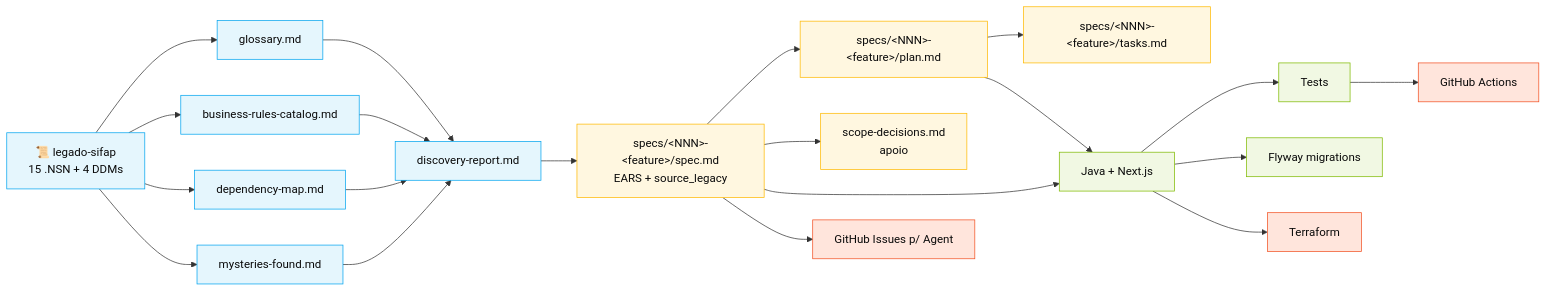
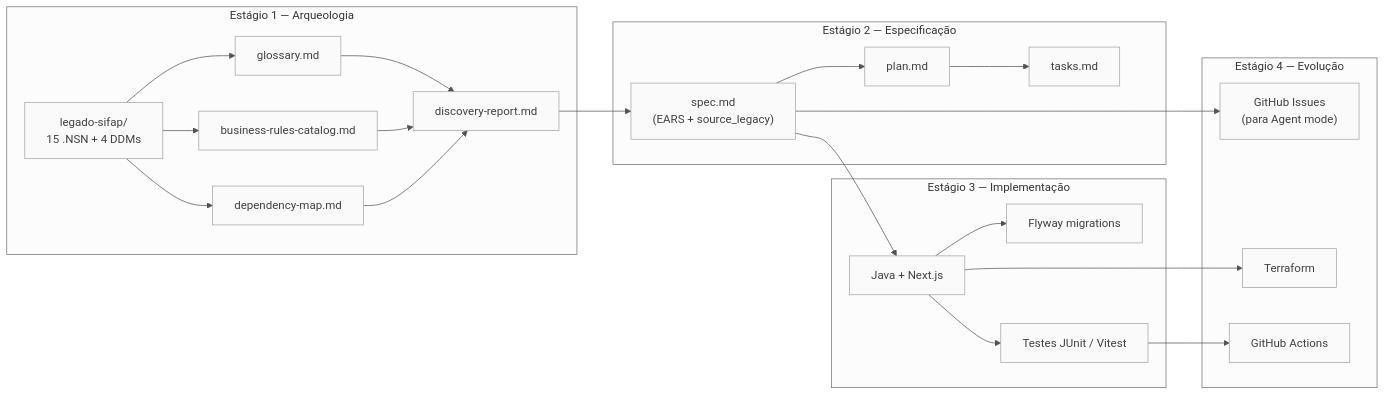
The second of 2 diagrams in 00-SITEMAP.md (paulasilvatech/datacorp-mm-team-kit), drawn with Mermaid before and after one commit. The commit also changed other lines of this file and 91 other files, not shown here.

````diff
--- a/00-SITEMAP.md
+++ b/00-SITEMAP.md
@@ -63,40 +77,43 @@
 ```mermaid
+%%{init: {'theme':'neutral','themeVariables':{'fontFamily':'ui-sans-serif, system-ui, sans-serif','primaryColor':'#F5F5F5','primaryTextColor':'#171717','primaryBorderColor':'#171717','lineColor':'#525252','secondaryColor':'#FFFFFF','tertiaryColor':'#FAFAFA','background':'#FFFFFF'}}}%%
 flowchart LR
-    classDef stage1 fill:#E5F6FD,stroke:#00A4EF,color:#0A0A0A
-    classDef stage2 fill:#FFF7E0,stroke:#FFB900,color:#0A0A0A
-    classDef stage3 fill:#F1F8E3,stroke:#7FBA00,color:#0A0A0A
-    classDef stage4 fill:#FFE5DC,stroke:#F25022,color:#0A0A0A
+    classDef step fill:#F5F5F5,stroke:#171717,color:#171717
+    classDef artifact fill:#FAFAFA,stroke:#A3A3A3,color:#404040
+    classDef result fill:#FFFFFF,stroke:#171717,color:#171717,stroke-width:2px
 
-    LEGACY[📜 legado-sifap<br/>15 .NSN + 4 DDMs]:::stage1
-    GLOSS[glossary.md]:::stage1
-    BR[business-rules-catalog.md]:::stage1
-    DEPS[dependency-map.md]:::stage1
-    MIST[mysteries-found.md]:::stage1
-    REPORT[discovery-report.md]:::stage1
+    subgraph E1["Estágio 1 — Arqueologia"]
+        LEGACY["legado-sifap/<br/>15 .NSN + 4 DDMs"]:::artifact
+        GLOSS["glossary.md"]:::artifact
+        BR["business-rules-catalog.md"]:::artifact
+        DEPS["dependency-map.md"]:::artifact
+        REPORT["discovery-report.md"]:::artifact
+    end
 
-    SPEC[specs/&lt;NNN&gt;-&lt;feature&gt;/spec.md<br/>EARS + source_legacy]:::stage2
-    PLAN[specs/&lt;NNN&gt;-&lt;feature&gt;/plan.md]:::stage2
-    TASKS[specs/&lt;NNN&gt;-&lt;feature&gt;/tasks.md]:::stage2
-    SCOPE[scope-decisions.md<br/>apoio]:::stage2
+    subgraph E2["Estágio 2 — Especificação"]
+        SPEC["spec.md<br/>(EARS + source_legacy)"]:::artifact
+        PLAN["plan.md"]:::artifact
+        TASKS["tasks.md"]:::artifact
+    end
 
-    CODE[Java + Next.js]:::stage3
-    MIGS[Flyway migrations]:::stage3
-    TESTS[Tests]:::stage3
+    subgraph E3["Estágio 3 — Implementação"]
+        CODE["Java + Next.js"]:::artifact
+        MIGS["Flyway migrations"]:::artifact
+        TESTS["Testes JUnit / Vitest"]:::artifact
+    end
 
-    ISSUES[GitHub Issues p/ Agent]:::stage4
-    TF[Terraform]:::stage4
-    CI[GitHub Actions]:::stage4
+    subgraph E4["Estágio 4 — Evolução"]
+        ISSUES["GitHub Issues<br/>(para Agent mode)"]:::artifact
+        TF["Terraform"]:::artifact
+        CI["GitHub Actions"]:::artifact
+    end
 
-    LEGACY --> GLOSS & BR & DEPS & MIST
-    GLOSS & BR & DEPS & MIST --> REPORT
+    LEGACY --> GLOSS & BR & DEPS
+    GLOSS & BR & DEPS --> REPORT
     REPORT --> SPEC
     SPEC --> PLAN --> TASKS
-    SPEC --> SCOPE
     SPEC --> CODE
-    PLAN --> CODE
-    CODE --> TESTS
-    CODE --> MIGS
+    CODE --> TESTS & MIGS
     SPEC --> ISSUES
     CODE --> TF
     TESTS --> CI
 ```
````
